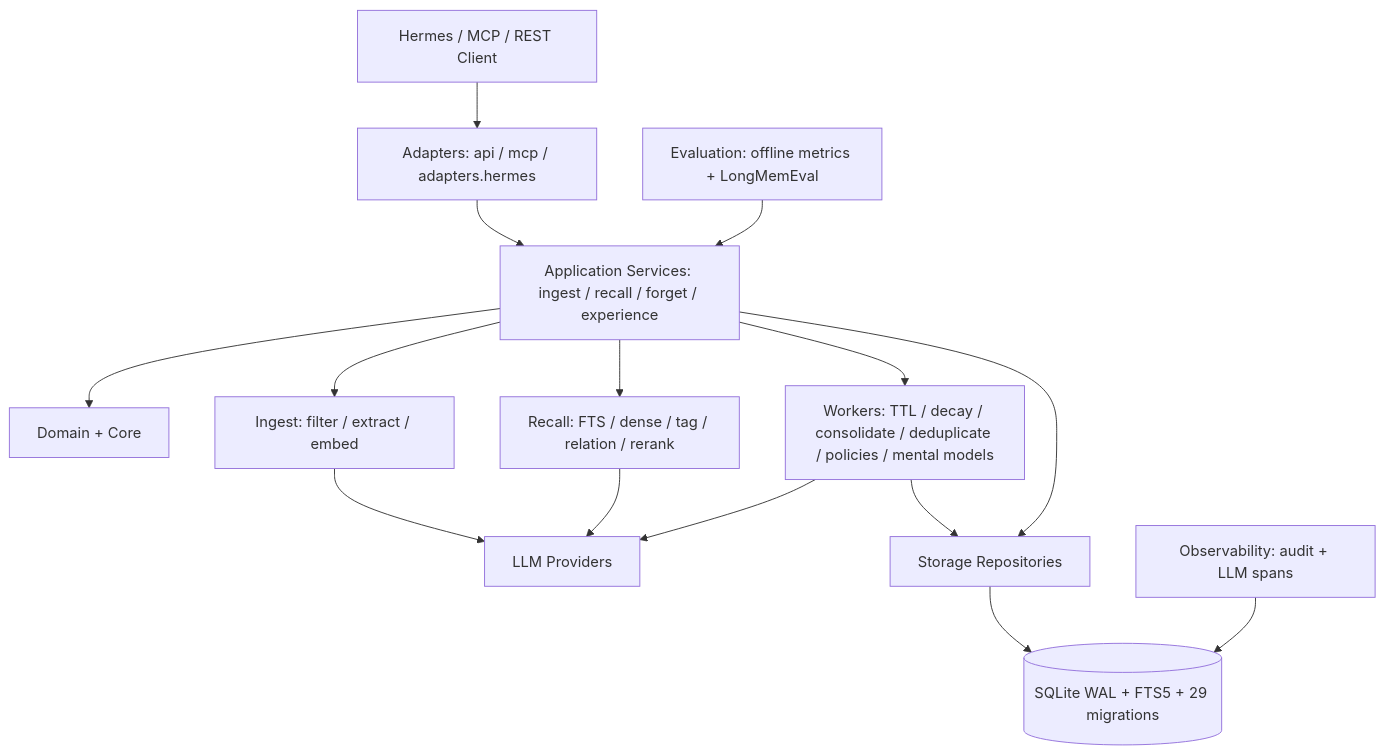
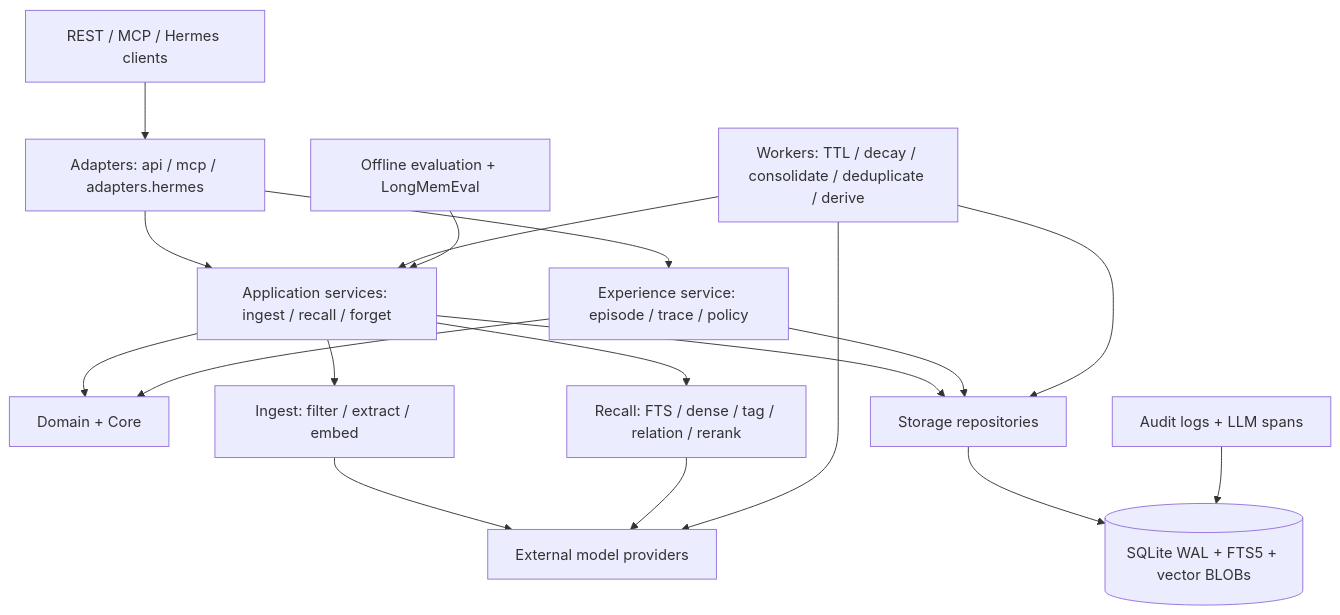
The diagram in docs/architecture.md (lohr13/hl_mem), drawn with Mermaid before and after one commit. The commit also changed other lines of this file and 8 other files, not shown here.

````diff
--- a/docs/architecture.md
+++ b/docs/architecture.md
@@ -22,17 +23,20 @@
 ```mermaid
 flowchart TB
-    C[Hermes / MCP / REST Client] --> A[Adapters: api / mcp / adapters.hermes]
-    A --> S[Application Services: ingest / recall / forget / experience]
+    C[REST / MCP / Hermes clients] --> A[Adapters: api / mcp / adapters.hermes]
+    A --> S[Application services: ingest / recall / forget]
+    A --> X[Experience service: episode / trace / policy]
     S --> D[Domain + Core]
+    X --> D
     S --> I[Ingest: filter / extract / embed]
     S --> R[Recall: FTS / dense / tag / relation / rerank]
-    S --> W[Workers: TTL / decay / consolidate / deduplicate / policies / mental models]
-    I --> L[LLM Providers]
+    W[Workers: TTL / decay / consolidate / deduplicate / derive] --> S
+    I --> L[External model providers]
     R --> L
     W --> L
-    S --> P[Storage Repositories]
+    S --> P[Storage repositories]
+    X --> P
     W --> P
-    P --> DB[(SQLite WAL + FTS5 + 29 migrations)]
-    O[Observability: audit + LLM spans] --> DB
-    E[Evaluation: offline metrics + LongMemEval] --> S
+    P --> DB[(SQLite WAL + FTS5 + vector BLOBs)]
+    O[Audit logs + LLM spans] --> DB
+    E[Offline evaluation + LongMemEval] --> S
 ```
````
